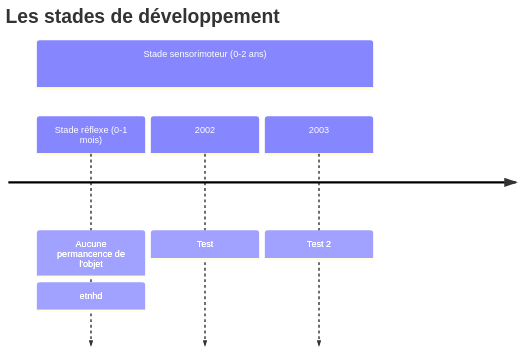
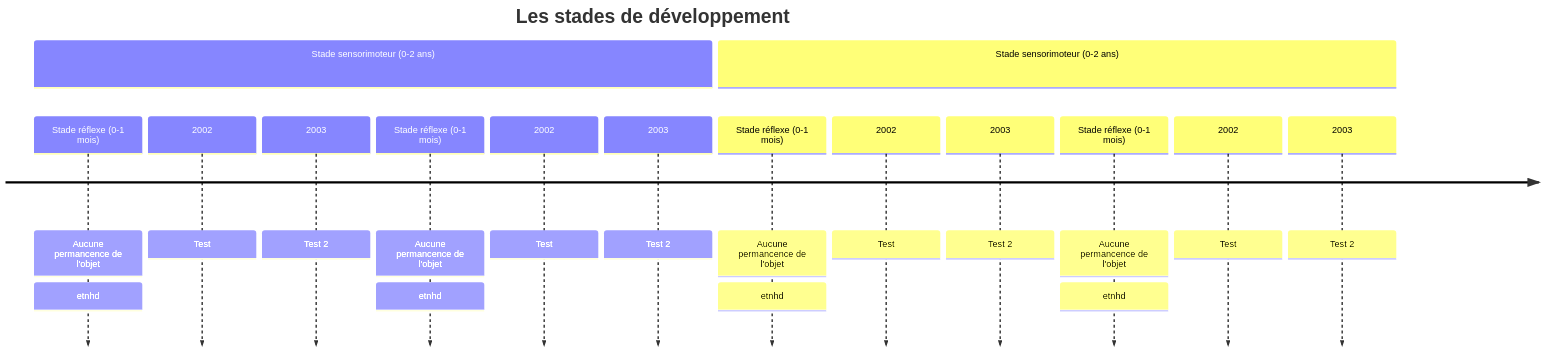
The diagram in Développement cognitif.md (bryanmanfrin/obsidian), drawn with Mermaid before and after one commit. The commit also changed 42 other files, not shown here.

````diff
--- a/Développement cognitif.md
+++ b/Développement cognitif.md
@@ -6,8 +6,12 @@
 ```mermaid
 timeline
 title Les stades de développement
 	section Stade sensorimoteur (0-2 ans)
 		Stade réflexe (0-1 mois): Aucune permancence de l'objet: etnhd
-2002: Test
-2003: Test 2
+		2002: Test
+		2003: Test 2
+	section Stade sensorimoteur (0-2 ans)
+		Stade réflexe (0-1 mois): Aucune permancence de l'objet: etnhd
+		2002: Test
+		2003: Test 2
 ```
````
